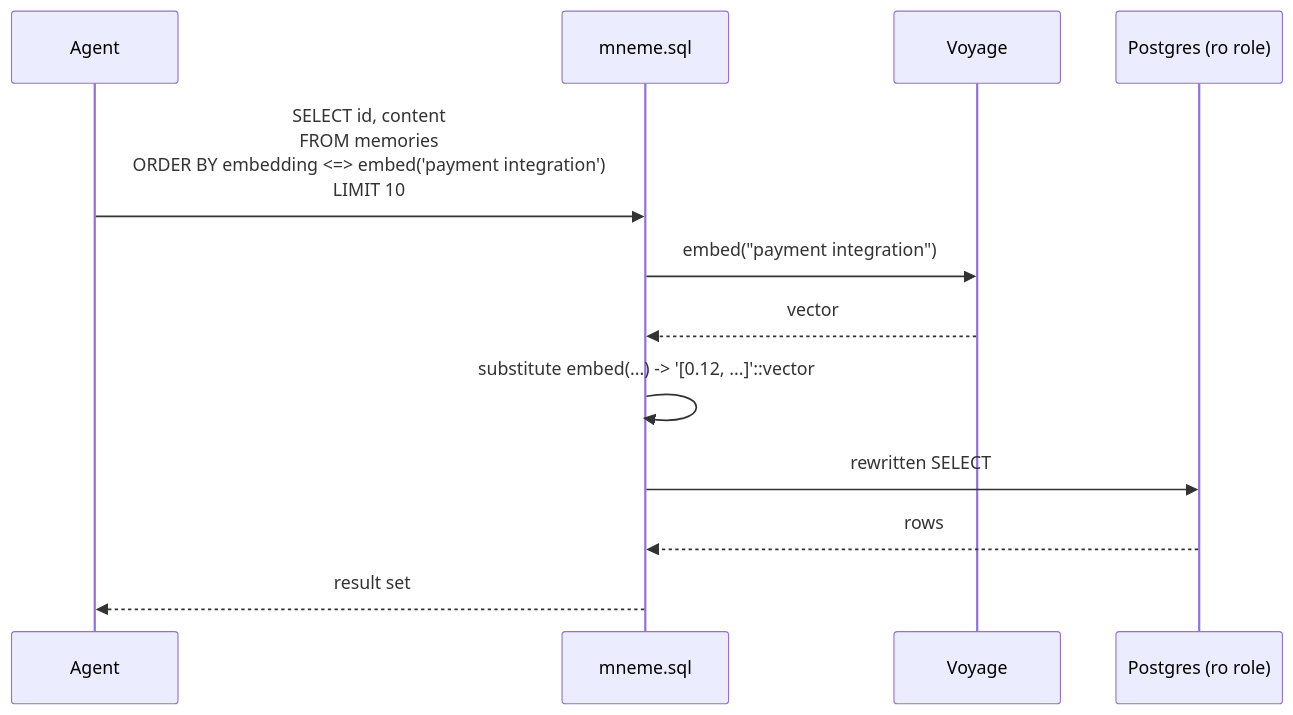
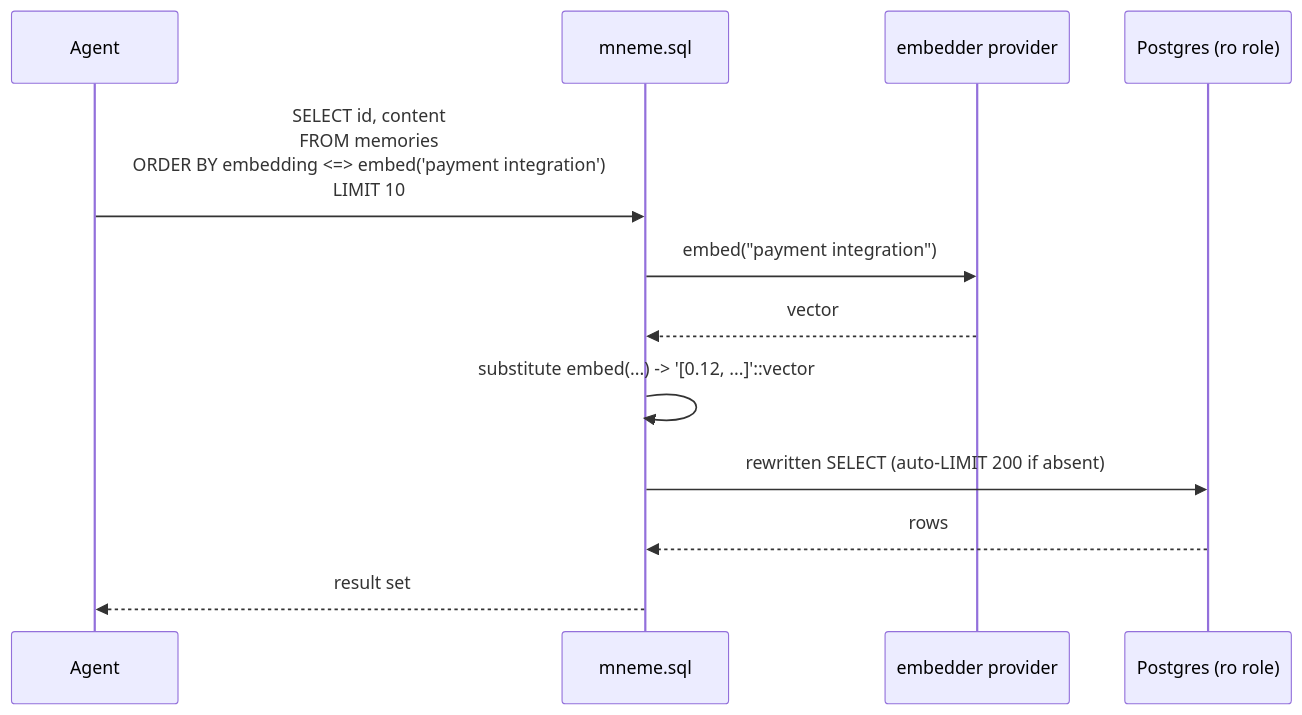
The seventh of 8 diagrams in ARCHITECTURE.md (j10ra/mneme), drawn with Mermaid before and after one commit. The commit also changed other lines of this file and 5 other files, not shown here.

````diff
--- a/ARCHITECTURE.md
+++ b/ARCHITECTURE.md
@@ -499,15 +519,15 @@
 ```mermaid
 sequenceDiagram
     participant Agent
     participant MCP as mneme.sql
-    participant V as Voyage
+    participant E as embedder provider
     participant DB as Postgres (ro role)
 
     Agent->>MCP: SELECT id, content<br/>FROM memories<br/>ORDER BY embedding <=> embed('payment integration')<br/>LIMIT 10
-    MCP->>V: embed("payment integration")
-    V-->>MCP: vector
+    MCP->>E: embed("payment integration")
+    E-->>MCP: vector
     MCP->>MCP: substitute embed(...) -> '[0.12, ...]'::vector
-    MCP->>DB: rewritten SELECT
+    MCP->>DB: rewritten SELECT (auto-LIMIT 200 if absent)
     DB-->>MCP: rows
     MCP-->>Agent: result set
 ```
````
